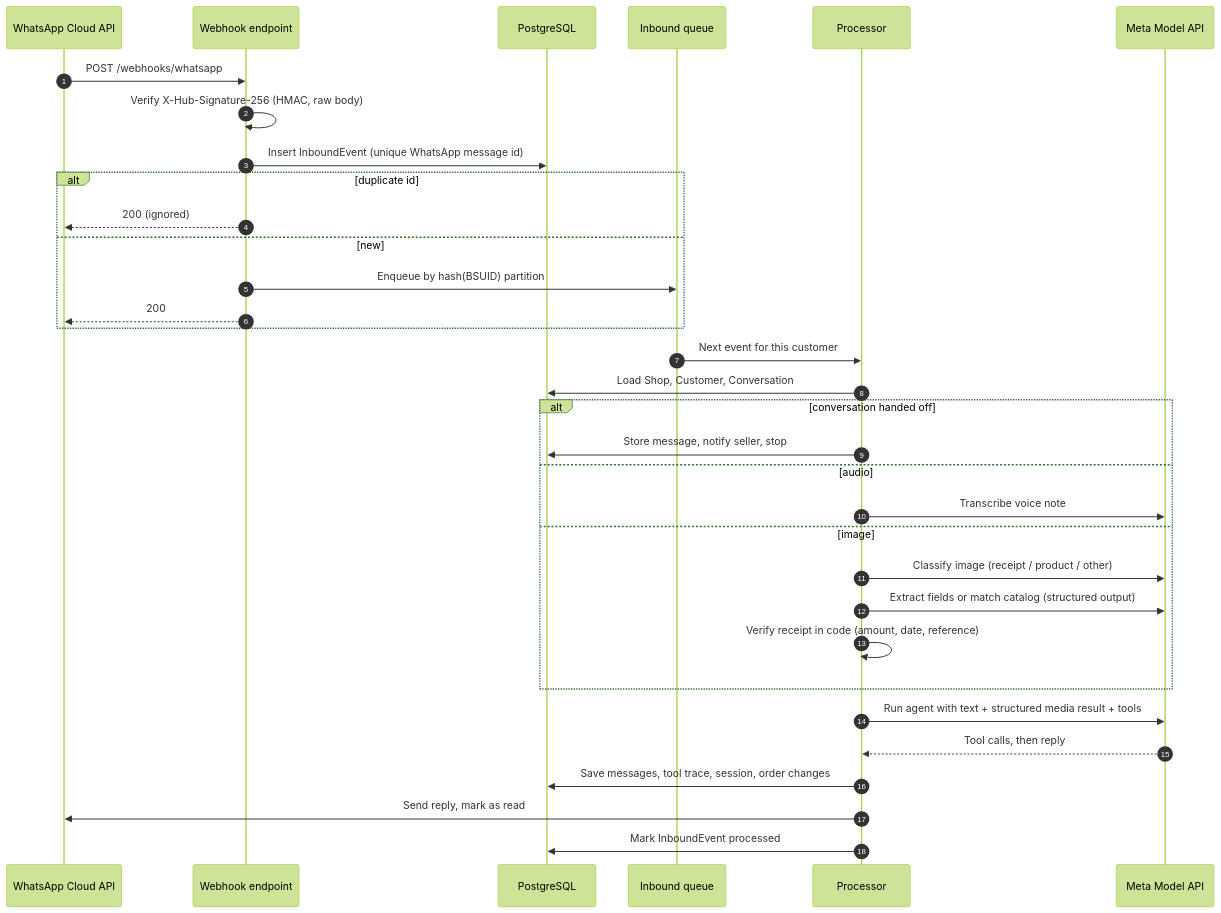
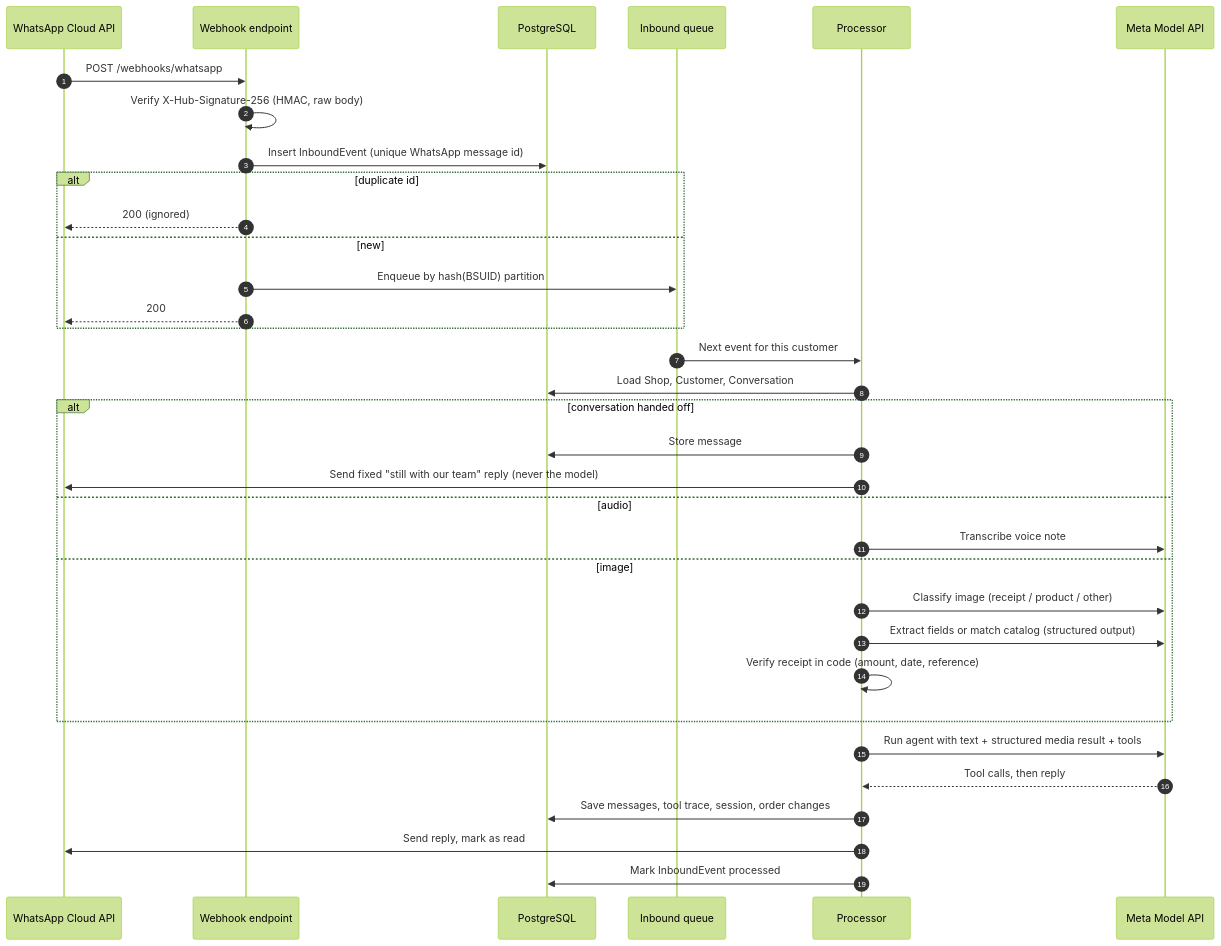
One commit to NIMICODER/tendaa-shop changed the second of 3 diagrams in ARCHITECTURE.md. Above: the diagram before and after it, drawn with Mermaid (forest theme). The commit also changed 4 other files, not shown here.

First line of the commit message:
docs: update ARCHITECTURE, PLAN, BUILDLOG, README, SPEC for phases 4a/4b/5

````diff
--- a/ARCHITECTURE.md
+++ b/ARCHITECTURE.md
@@ -80,35 +80,36 @@
 ```mermaid
 sequenceDiagram
     autonumber
     participant WA as WhatsApp Cloud API
     participant WH as Webhook endpoint
     participant DB as PostgreSQL
     participant Q as Inbound queue
     participant P as Processor
     participant M as Meta Model API
     WA->>WH: POST /webhooks/whatsapp
     WH->>WH: Verify X-Hub-Signature-256 (HMAC, raw body)
     WH->>DB: Insert InboundEvent (unique WhatsApp message id)
     alt duplicate id
         WH-->>WA: 200 (ignored)
     else new
         WH->>Q: Enqueue by hash(BSUID) partition
         WH-->>WA: 200
     end
     Q->>P: Next event for this customer
     P->>DB: Load Shop, Customer, Conversation
     alt conversation handed off
-        P->>DB: Store message, notify seller, stop
+        P->>DB: Store message
+        P->>WA: Send fixed "still with our team" reply (never the model)
     else audio
         P->>M: Transcribe voice note
     else image
         P->>M: Classify image (receipt / product / other)
         P->>M: Extract fields or match catalog (structured output)
         P->>P: Verify receipt in code (amount, date, reference)
     end
     P->>M: Run agent with text + structured media result + tools
     M-->>P: Tool calls, then reply
     P->>DB: Save messages, tool trace, session, order changes
     P->>WA: Send reply, mark as read
     P->>DB: Mark InboundEvent processed
 ```
````
